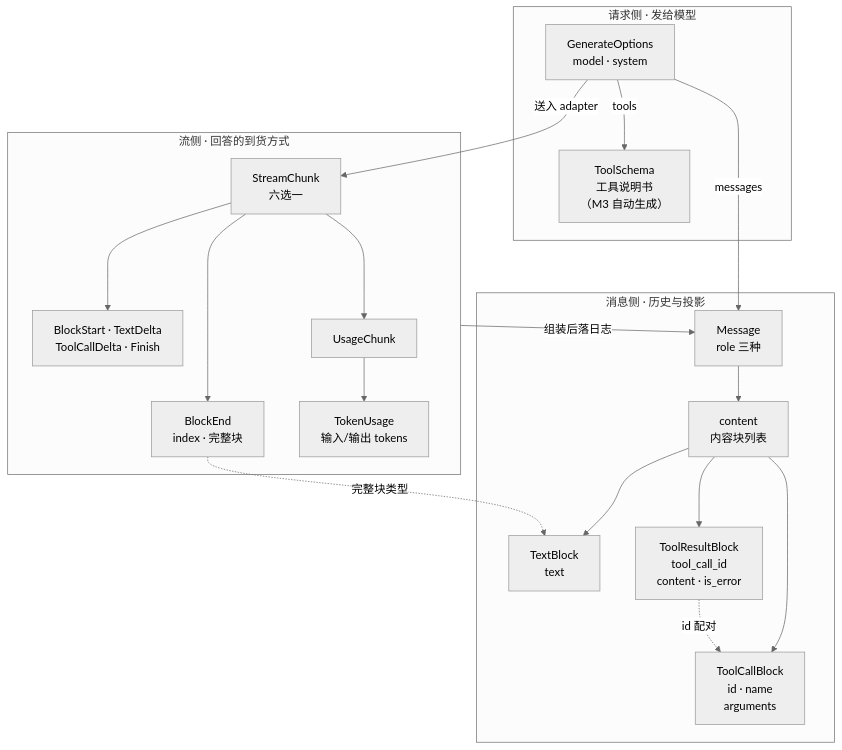
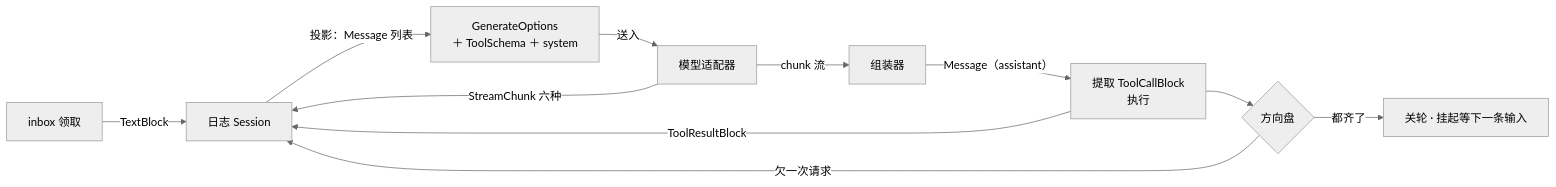
The third of 3 diagrams in notes/00-总览与设计.md (jesongit/learn-dsh), drawn with Mermaid (neutral theme) before and after one commit. The commit also changed other lines of this file, not shown here.

Commit message:
docs(00): 词汇地图改为流向图——类型挂主链边上，速查表改「从哪来 → 到哪去」

````diff
--- a/notes/00-总览与设计.md
+++ b/notes/00-总览与设计.md
@@ -144,38 +144,14 @@
 ```mermaid
 %%{init: {"fontFamily": "Microsoft YaHei"}}%%
-flowchart TB
-    subgraph REQ["请求侧 · 发给模型"]
-        OPT["GenerateOptions<br/>model · system"]
-        TS["ToolSchema<br/>工具说明书<br/>（M3 自动生成）"]
-    end
-    subgraph MSG["消息侧 · 历史与投影"]
-        M["Message<br/>role 三种"]
-        CB["content<br/>内容块列表"]
-        T1["TextBlock<br/>text"]
-        T2["ToolCallBlock<br/>id · name<br/>arguments"]
-        T3["ToolResultBlock<br/>tool_call_id<br/>content · is_error"]
-    end
-    subgraph STREAM["流侧 · 回答的到货方式"]
-        SC["StreamChunk<br/>六选一"]
-        BS["BlockStart · TextDelta<br/>ToolCallDelta · Finish"]
-        BE["BlockEnd<br/>index · 完整块"]
-        UC["UsageChunk"]
-        TU["TokenUsage<br/>输入/输出 tokens"]
-    end
-
-    OPT -- "messages" --> M
-    OPT -- "tools" --> TS
-    M --> CB
-    CB --> T1
-    CB --> T2
-    CB --> T3
-    T3 -. "id 配对" .-> T2
-
-    OPT -- "送入 adapter" --> SC
-    SC --> BS
-    SC --> BE
-    SC --> UC
-    UC --> TU
-    BE -. "完整块类型" .-> T1
-    STREAM -- "组装后落日志" --> M
+flowchart LR
+    IN["inbox 领取"] -- "TextBlock" --> LOG["日志 Session"]
+    LOG -- "投影：Message 列表" --> OPT["GenerateOptions<br/>＋ ToolSchema ＋ system"]
+    OPT -- "送入" --> AD["模型适配器"]
+    AD -- "StreamChunk 六种" --> LOG
+    AD -- "chunk 流" --> ASM["组装器"]
+    ASM -- "Message（assistant）" --> EXT["提取 ToolCallBlock<br/>执行"]
+    EXT -- "ToolResultBlock" --> LOG
+    EXT --> FW{"方向盘"}
+    FW -- "欠一次请求" --> LOG
+    FW -- "都齐了" --> END["关轮 · 挂起等下一条输入"]
 ```
````
